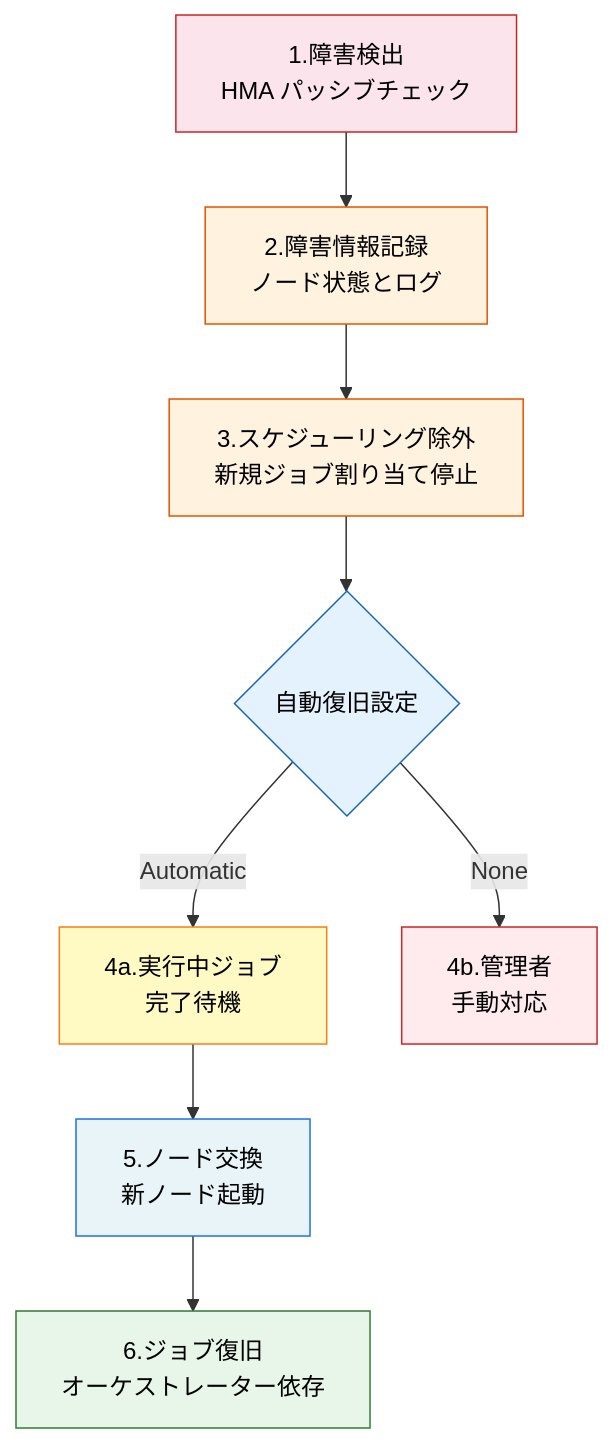
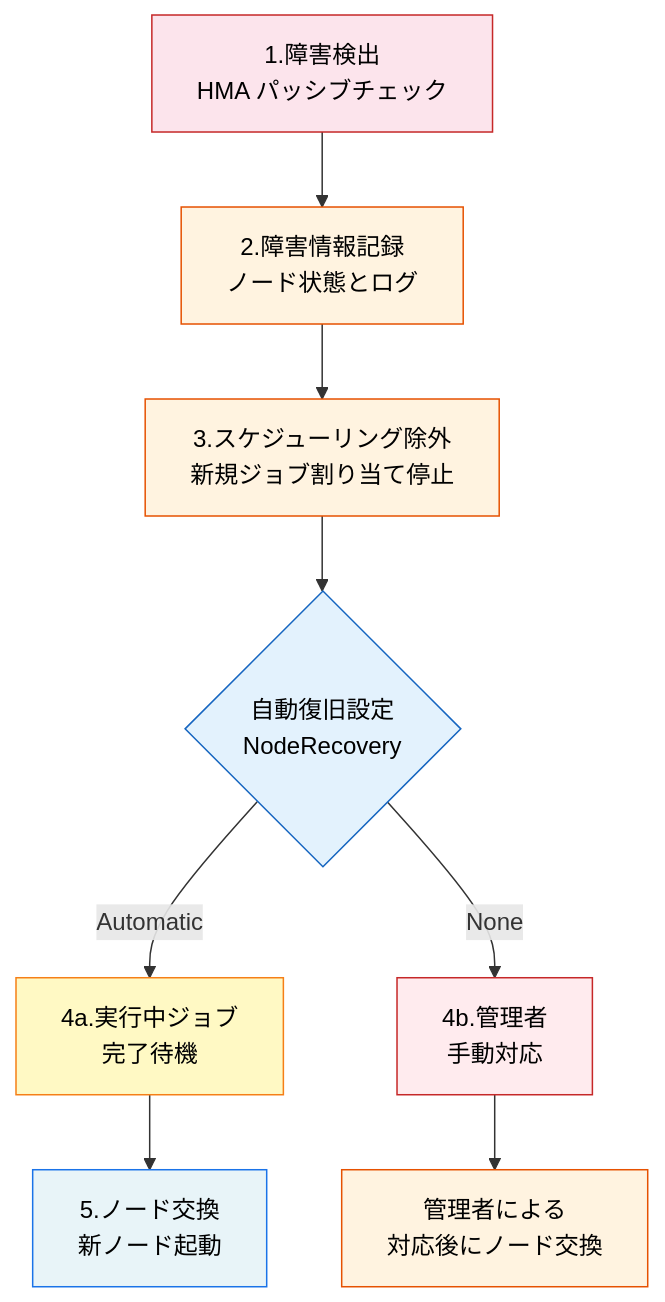
The sixth of 7 diagrams in articles/0742d879958d3a.md (littlemex/zenn), drawn with Mermaid before and after one commit. The commit also changed other lines of this file, not shown here.

````diff
--- a/articles/0742d879958d3a.md
+++ b/articles/0742d879958d3a.md
@@ -348,19 +350,19 @@
 ```mermaid
 flowchart TD
     A[1.障害検出<br/>HMA パッシブチェック] --> B[2.障害情報記録<br/>ノード状態とログ]
     B --> C[3.スケジューリング除外<br/>新規ジョブ割り当て停止]
-    C --> D{自動復旧設定}
+    C --> D{自動復旧設定<br/>NodeRecovery}
     D -->|Automatic| E[4a.実行中ジョブ<br/>完了待機]
     D -->|None| F[4b.管理者<br/>手動対応]
     E --> G[5.ノード交換<br/>新ノード起動]
-    G --> H[6.ジョブ復旧<br/>オーケストレーター依存]
+    F --> F2[管理者による<br/>対応後にノード交換]
 
     style A fill: #fce4ec,stroke: #c62828,color: #000
     style B fill: #fff3e0,stroke: #e65100,color: #000
     style C fill: #fff3e0,stroke: #e65100,color: #000
     style D fill: #e3f2fd,stroke: #1565c0,color: #000
     style E fill: #fff9c4,stroke: #f57f17,color: #000
     style F fill: #ffebee,stroke: #c62828,color: #000
     style G fill: #e8f4f8,stroke: #1a73e8,color: #000
-    style H fill: #e8f5e9,stroke: #2e7d32,color: #000
+    style F2 fill: #fff3e0,stroke: #e65100,color: #000
 ```
````
